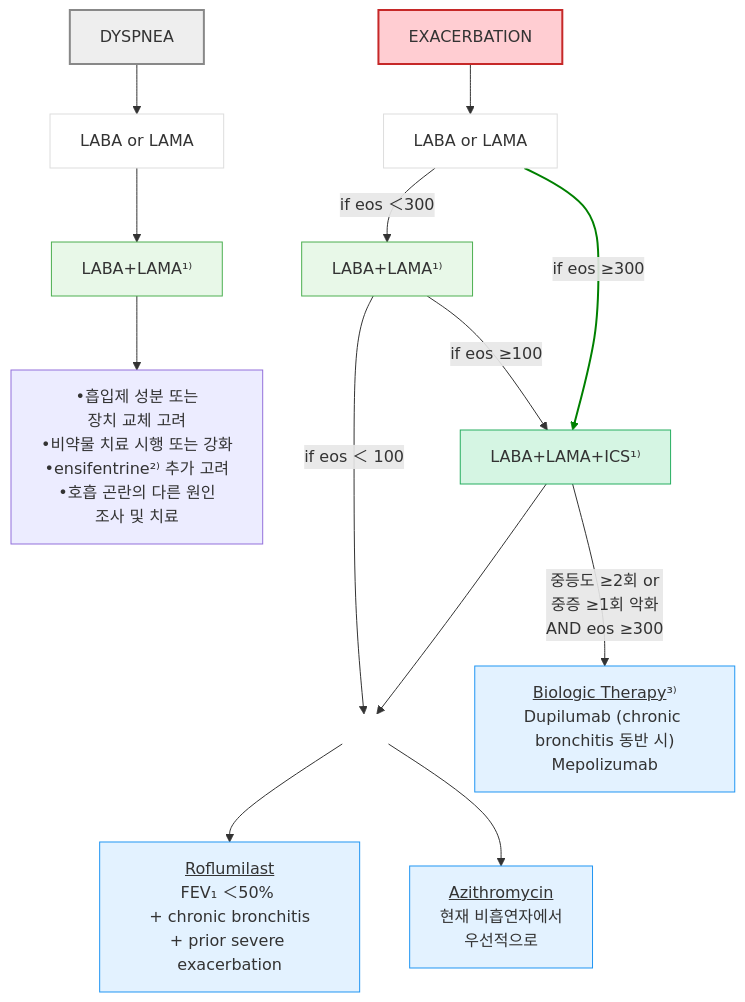
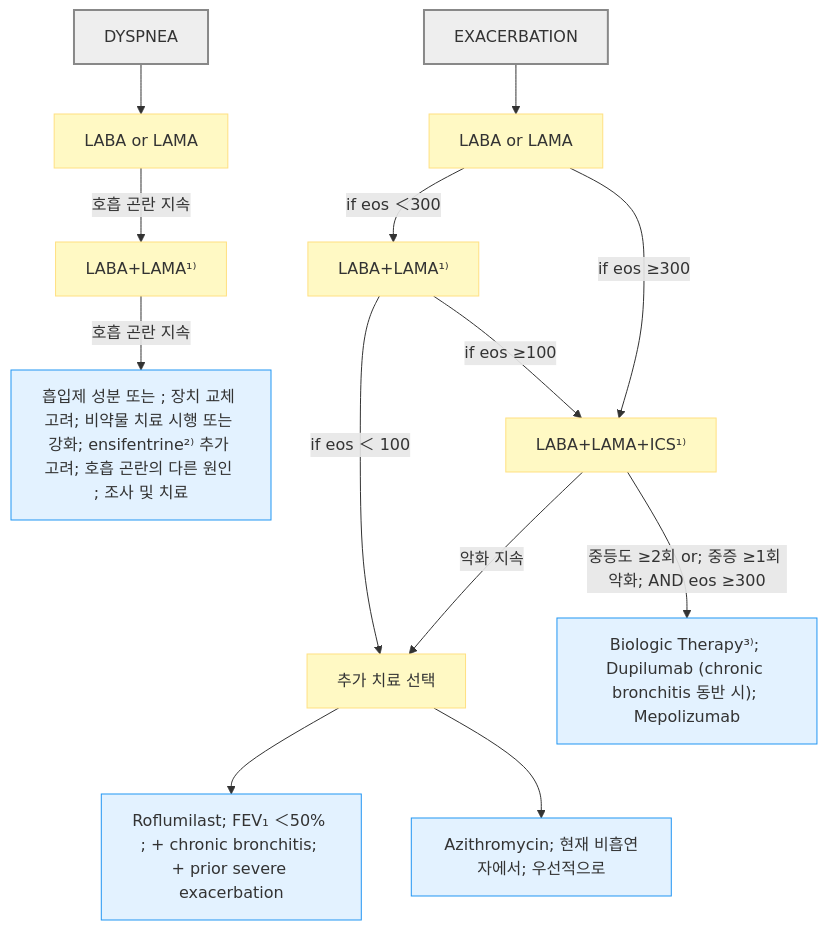
Before and after one commit to familyoh77/familyoh77: the first of 3 diagrams in 223_/072_-copd.md, drawn with Mermaid. The commit also changed other lines of this file and 2 other files, not shown here.

````diff
--- a/223_/072_-copd.md
+++ b/223_/072_-copd.md
@@ -466,30 +466,26 @@
 ```mermaid
 graph TD
 %% DYSPNEA pathway
 D0["DYSPNEA"] --> D1["LABA or LAMA"]
-    D1 --> D2["LABA+LAMA¹⁾"]
-    D2 --> D3["•흡입제 성분 또는 <br/>장치 교체 고려<br/>•비약물 치료 시행 또는 강화<br/>•ensifentrine²⁾ 추가 고려<br/>•호흡 곤란의 다른 원인 <br/>조사 및 치료"]
+    D1 -- "호흡 곤란 지속" --> D2["LABA+LAMA¹⁾"]
+    D2 -- "호흡 곤란 지속" --> D3["`흡입제 성분 또는 ; 장치 교체 고려; 비약물 치료 시행 또는 강화; ensifentrine²⁾ 추가 고려; 호흡 곤란의 다른 원인 ; 조사 및 치료`"]
 %% EXACERBATION pathway (중등도 또는 중증 악화 ≥1회/년)
 E0["EXACERBATION"] --> E1["LABA or LAMA"]
     E2 -- "if eos ≥100" --> E3
     E1 -- "if eos ＜300" --> E2["LABA+LAMA¹⁾"]
     E1 -- "if eos ≥300" --> E3["LABA+LAMA+ICS¹⁾"]    
     
-    E2 -- "if eos ＜ 100" --> E4[" "]
-    E3 --> E4
+    E2 -- "if eos ＜ 100" --> E4["추가 치료 선택"]
+    E3 -- "악화 지속" --> E4
     
-    E4 --> E5["<u>Roflumilast</u><br/>FEV₁ ＜50% <br/>+ chronic bronchitis<br/>+ prior severe exacerbation"]
-    E4 --> E6["<u>Azithromycin</u><br/>현재 비흡연자에서<br/>우선적으로"]
-    E3 -- "중등도 ≥2회 or<br/>중증 ≥1회 악화<br/>AND eos ≥300"--> E7["<u>Biologic Therapy</u>³⁾<br/>Dupilumab (chronic bronchitis 동반 시)<br/>Mepolizumab"]
-style D0 fill:#eeeeee,stroke:#888888,stroke-width:2px
-style D1 fill:#fff,stroke:#ddd
-style D2 fill:#e8f8e8,stroke:#4caf50
-style E0 fill:#ffcdd2,stroke:#c62828,stroke-width:2px
-style E1 fill:#fff,stroke:#ddd
-style E2 fill:#e8f8e8,stroke:#4caf50
-style E3 fill:#d5f5e3,stroke:#27ae60
-style E4 fill:none,stroke:none
-classDef sky fill:#e3f2ff,stroke:#2196f3
-class E5,E6,E7 sky
-linkStyle 6 stroke:green,stroke-width:2px;
+    E4 --> E5["`Roflumilast; FEV₁ ＜50% ; + chronic bronchitis; + prior severe exacerbation`"]
+    E4 --> E6["`Azithromycin; 현재 비흡연자에서; 우선적으로`"]
+    E3 -- "중등도 ≥2회 or; 중증 ≥1회 악화; AND eos ≥300" --> E7["`Biologic Therapy³⁾; Dupilumab (chronic bronchitis 동반 시); Mepolizumab`"]
+    classDef start fill:#eee,stroke:#888,stroke-width:2px
+    classDef decision fill:#fff9c4,stroke:#ffe082
+    classDef emergency fill:#ffcdd2,stroke:#c62828,stroke-width:2px
+    classDef action fill:#e3f2ff,stroke:#2196f3
+    class D0,E0 start
+    class D1,D2,E1,E2,E3,E4 decision
+    class D3,E5,E6,E7 action
 ```
````
